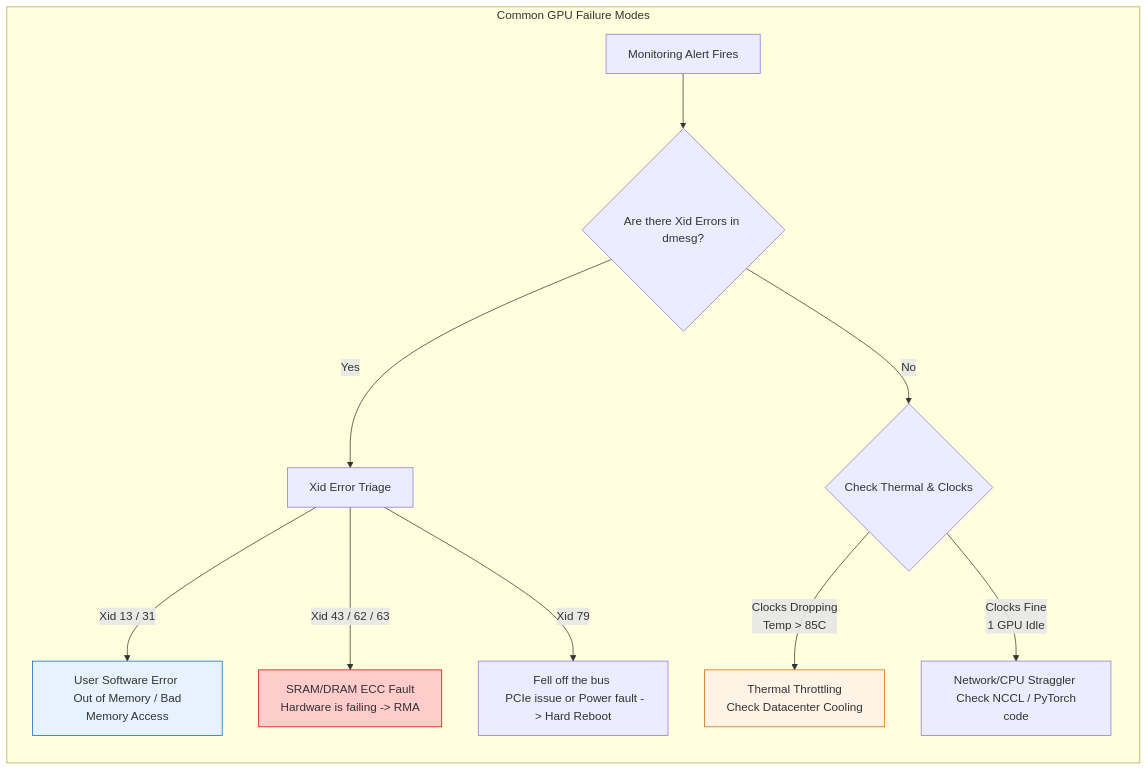
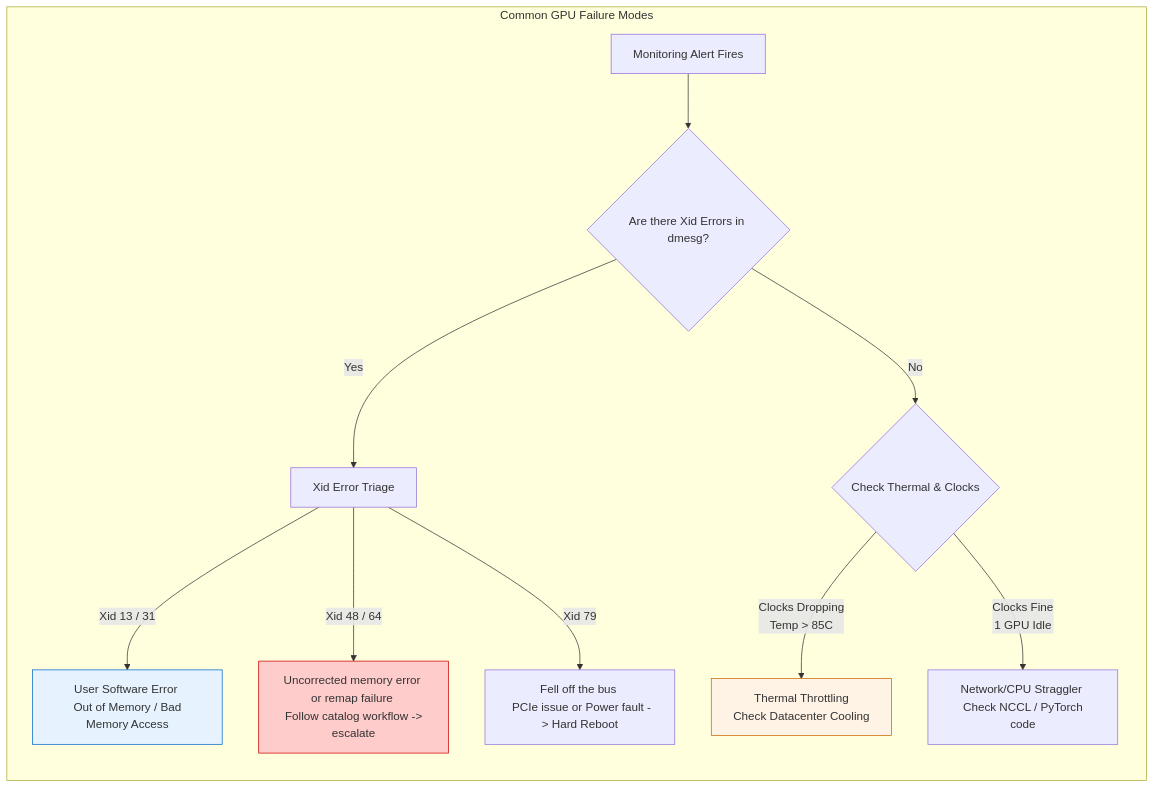
The diagram in docs/nvidia-zero-to-hero/volume-16/chapter-08-common-gpu-failure-modes-and-detection.md (jithinpnjm/nvidia-devops), drawn with Mermaid before and after one commit. The commit also changed other lines of this file and 24 other files, not shown here.

````diff
--- a/docs/nvidia-zero-to-hero/volume-16/chapter-08-common-gpu-failure-modes-and-detection.md
+++ b/docs/nvidia-zero-to-hero/volume-16/chapter-08-common-gpu-failure-modes-and-detection.md
@@ -350,21 +350,21 @@
 ```mermaid
 flowchart TD
     subgraph GPU_Failure_Signatures["Common GPU Failure Modes"]
         direction TB
         
         Event[Monitoring Alert Fires] --> Check1{Are there Xid Errors in dmesg?}
         
         Check1 -->|Yes| Xid[Xid Error Triage]
         Xid -->|Xid 13 / 31| UserError[User Software Error <br/> Out of Memory / Bad Memory Access]
-        Xid -->|Xid 43 / 62 / 63| ECC[SRAM/DRAM ECC Fault <br/> Hardware is failing -> RMA]
+        Xid -->|Xid 48 / 64| ECC[Uncorrected memory error or remap failure <br/> Follow catalog workflow -> escalate]
         Xid -->|Xid 79| OffBus[Fell off the bus <br/> PCIe issue or Power fault -> Hard Reboot]
         
         Check1 -->|No| Check2{Check Thermal & Clocks}
         Check2 -->|Clocks Dropping <br/> Temp > 85C| Throttling[Thermal Throttling <br/> Check Datacenter Cooling]
         Check2 -->|Clocks Fine <br/> 1 GPU Idle| Straggler[Network/CPU Straggler <br/> Check NCCL / PyTorch code]
     end
     
     style UserError fill:#e6f3ff,stroke:#0066cc
     style ECC fill:#ffcccc,stroke:#cc0000
     style Throttling fill:#fff3e6,stroke:#cc6600
 ```
````
